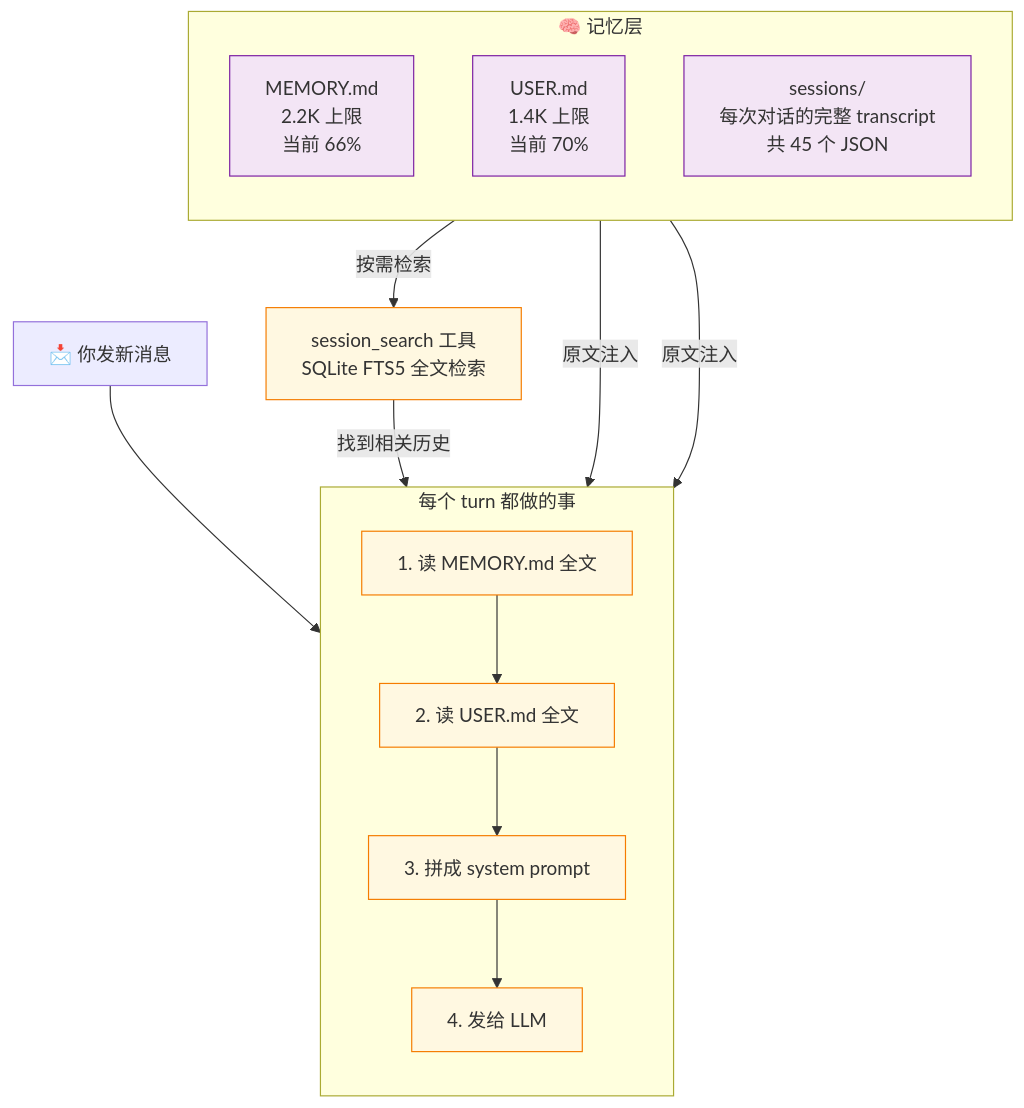
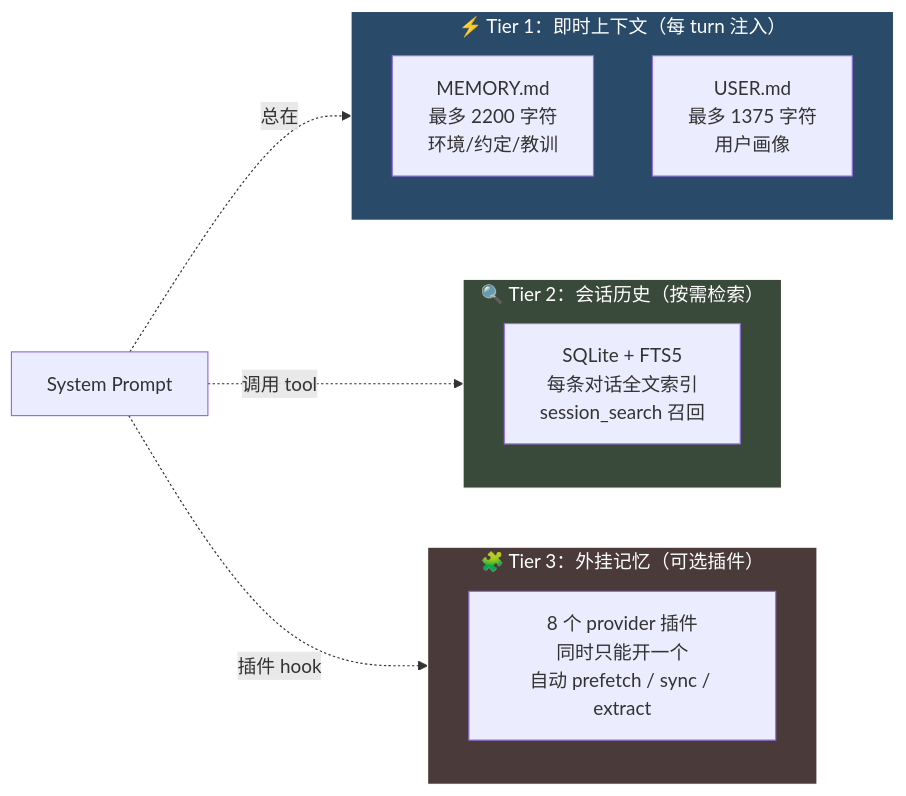
Before and after one commit to ihoooohi/garden: the second of 6 diagrams in docs/tech/hermes-architecture.md, drawn with Mermaid. The commit also changed other lines of this file, not shown here.

First line of the commit message:
♻️ 重写 Hermes 架构图解：基于 Akshay Pachaar Masterclass

````diff
--- a/docs/tech/hermes-architecture.md
+++ b/docs/tech/hermes-architecture.md
@@ -199,29 +144,23 @@
 ```mermaid
-graph TB
-    subgraph MEM["🧠 记忆层"]
-        direction TB
-        MMD["MEMORY.md<br/>2.2K 上限<br/>当前 66%"]
-        UMD["USER.md<br/>1.4K 上限<br/>当前 70%"]
-        SDIR["sessions/<br/>每次对话的完整 transcript<br/>共 45 个 JSON"]
+graph LR
+    subgraph T1["⚡ Tier 1：即时上下文（每 turn 注入）"]
+        MEM["MEMORY.md<br/>最多 2200 字符<br/>环境/约定/教训"]
+        USR["USER.md<br/>最多 1375 字符<br/>用户画像"]
     end
 
-    NewMsg["📩 你发新消息"] --> Inject
-
-    subgraph Inject["每个 turn 都做的事"]
-        direction TB
-        Step1["1. 读 MEMORY.md 全文"] --> Step2["2. 读 USER.md 全文"]
-        Step2 --> Step3["3. 拼成 system prompt"]
-        Step3 --> Step4["4. 发给 LLM"]
+    subgraph T2["🔍 Tier 2：会话历史（按需检索）"]
+        SQL["SQLite + FTS5<br/>每条对话全文索引<br/>session_search 召回"]
     end
 
-    MMD -->|原文注入| Inject
-    UMD -->|原文注入| Inject
+    subgraph T3["🧩 Tier 3：外挂记忆（可选插件）"]
+        EXT["8 个 provider 插件<br/>同时只能开一个<br/>自动 prefetch / sync / extract"]
+    end
 
-    SDIR -->|按需检索| SS["session_search 工具<br/>SQLite FTS5 全文检索"]
-    SS -->|找到相关历史| Inject
+    SYS[System Prompt] -.总在.-> T1
+    SYS -.调用 tool.-> T2
+    SYS -.插件 hook.-> T3
 
-    classDef mem fill:#f3e5f5,stroke:#7b1fa2
-    classDef inj fill:#fff8e1,stroke:#f57c00
-    class MMD,UMD,SDIR mem
-    class Step1,Step2,Step3,Step4,SS inj
+    style T1 fill:#2a4a6a,stroke:#fff,color:#fff
+    style T2 fill:#3a4a3a,stroke:#fff,color:#fff
+    style T3 fill:#4a3a3a,stroke:#fff,color:#fff
 ```
````
